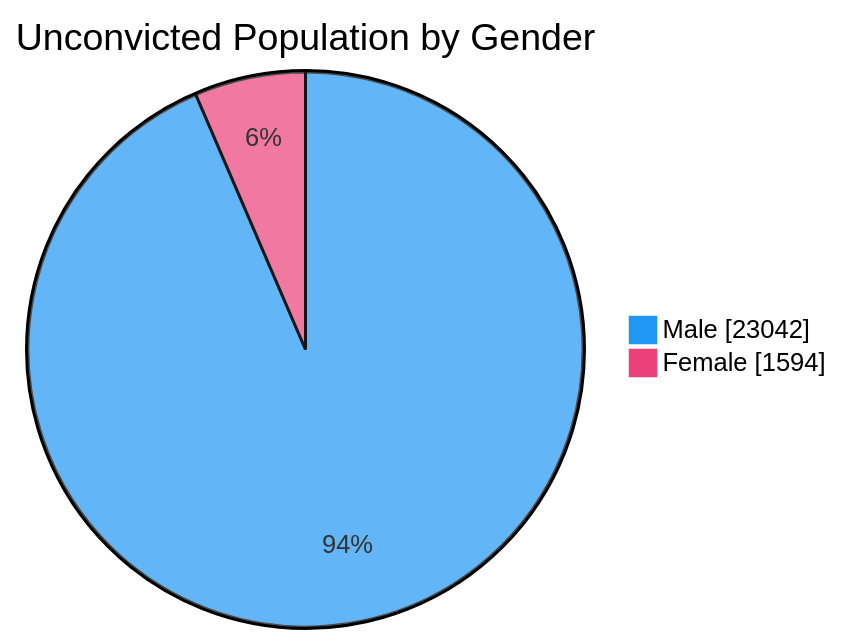
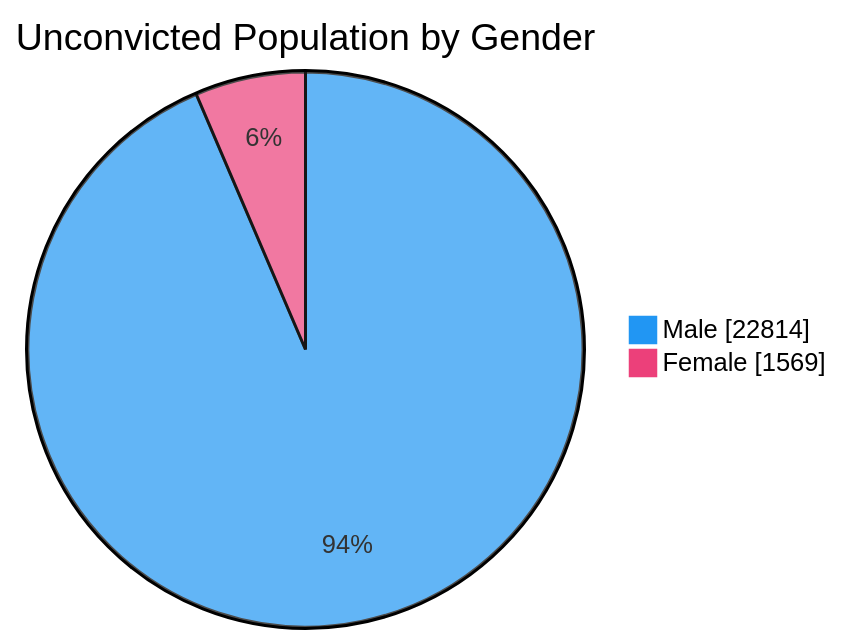
One commit to nuuuwan/lk_prisons changed the fourth of 7 diagrams in README.md. Above: the diagram before and after it, drawn with Mermaid. The commit also changed other lines of this file and 1 other file, not shown here.

````diff
--- a/README.md
+++ b/README.md
@@ -76,6 +76,6 @@
 ```mermaid
 %%{init: {'themeVariables': {'pie1': '#2196F3', 'pie2': '#EC407A'}}}%%
 pie showData title Unconvicted Population by Gender
-    "Male" : 23042
-    "Female" : 1594
+    "Male" : 22814
+    "Female" : 1569
 ```
````
